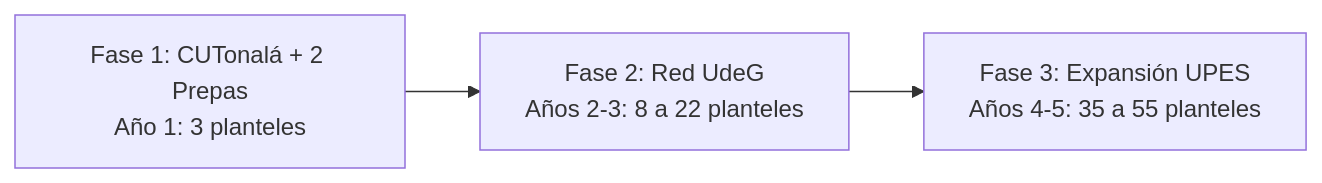
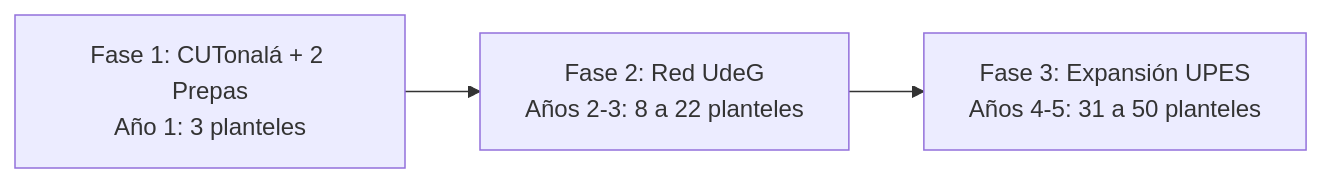
One commit to ErnestoFM/Inversion changed the second of 7 diagrams in docs/Propuesta_Inversion_SIGRE_Corregida.md. Above: the diagram before and after it, drawn with Mermaid. The commit also changed other lines of this file and 12 other files, not shown here.

````diff
--- a/docs/Propuesta_Inversion_SIGRE_Corregida.md
+++ b/docs/Propuesta_Inversion_SIGRE_Corregida.md
@@ -134,5 +134,5 @@
 ```mermaid
 flowchart LR
     Fase1[Fase 1: CUTonalá + 2 Prepas<br>Año 1: 3 planteles] --> Fase2[Fase 2: Red UdeG<br>Años 2-3: 8 a 22 planteles]
-    Fase2 --> Fase3[Fase 3: Expansión UPES<br>Años 4-5: 35 a 55 planteles]
+    Fase2 --> Fase3[Fase 3: Expansión UPES<br>Años 4-5: 31 a 50 planteles]
 ```
````
